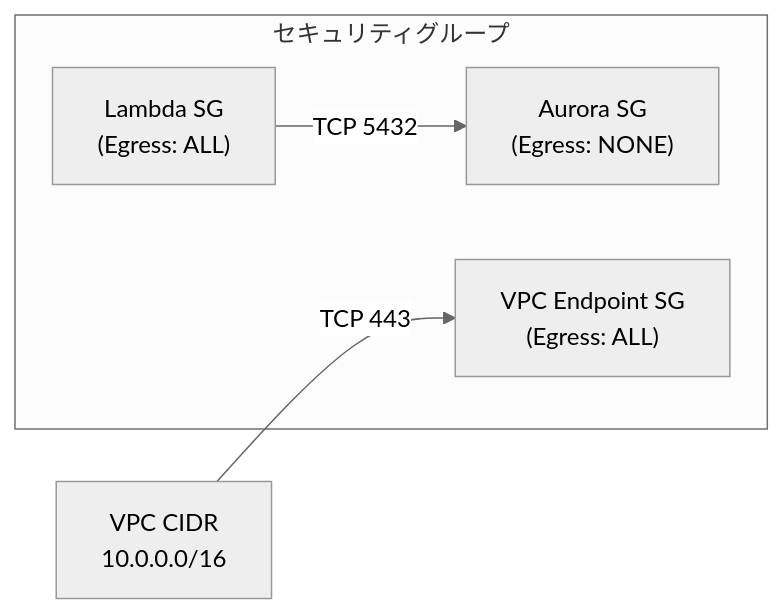
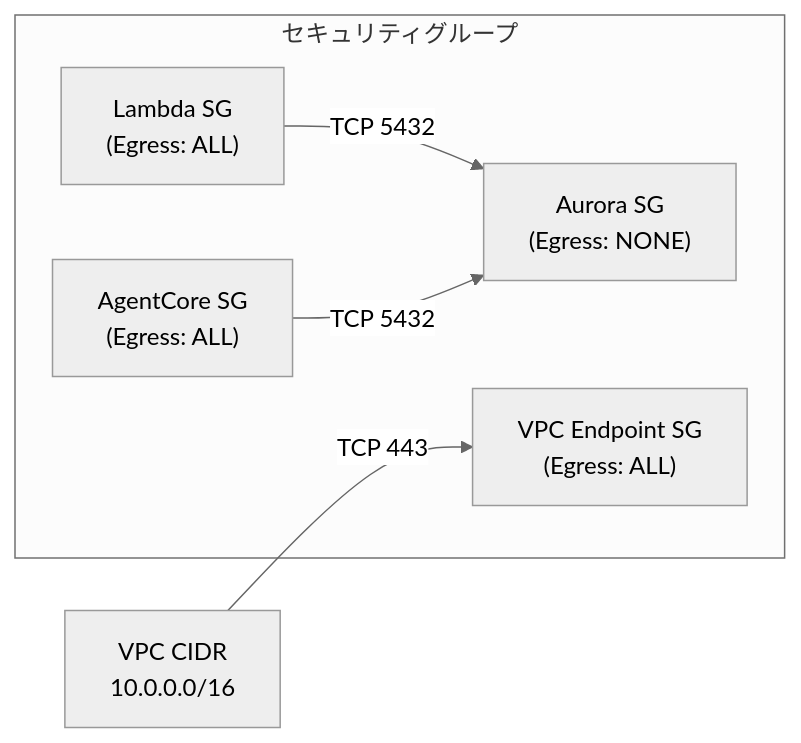
The second of 2 diagrams in docs/設計/AWS/ネットワーク.md (sori883/myfriend), drawn with Mermaid (neutral theme) before and after one commit. The commit also changed other lines of this file and 23 other files, not shown here.

````diff
--- a/docs/設計/AWS/ネットワーク.md
+++ b/docs/設計/AWS/ネットワーク.md
@@ -41,11 +51,13 @@
 ```mermaid
 graph LR
     subgraph "セキュリティグループ"
         SG_L["Lambda SG<br/>(Egress: ALL)"]
+        SG_AC["AgentCore SG<br/>(Egress: ALL)"]
         SG_A["Aurora SG<br/>(Egress: NONE)"]
         SG_V["VPC Endpoint SG<br/>(Egress: ALL)"]
     end
 
     SG_L -->|"TCP 5432"| SG_A
+    SG_AC -->|"TCP 5432"| SG_A
     VPC_CIDR["VPC CIDR<br/>10.0.0.0/16"] -->|"TCP 443"| SG_V
 ```
````
